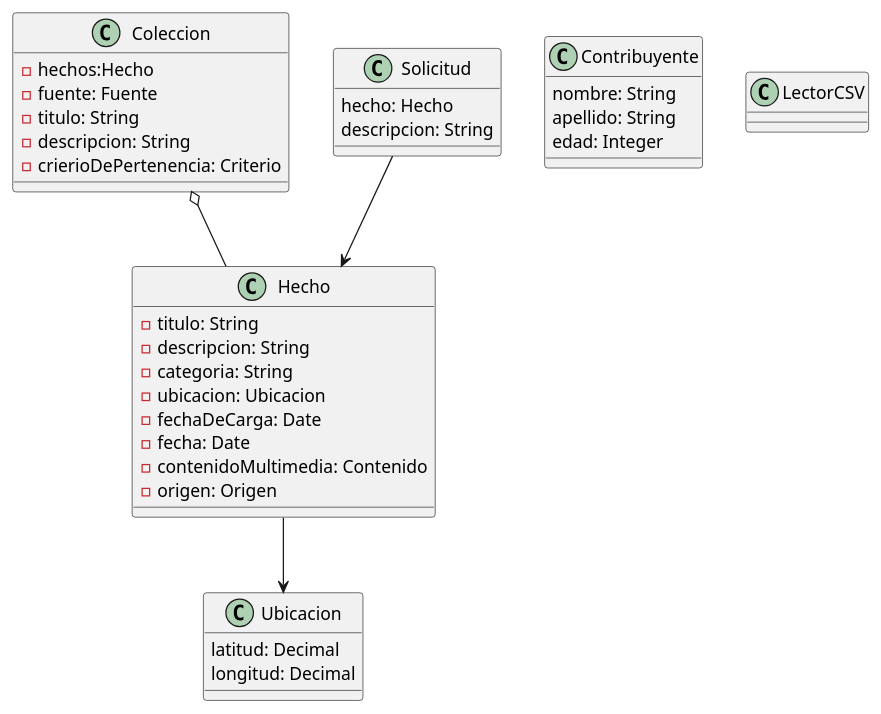
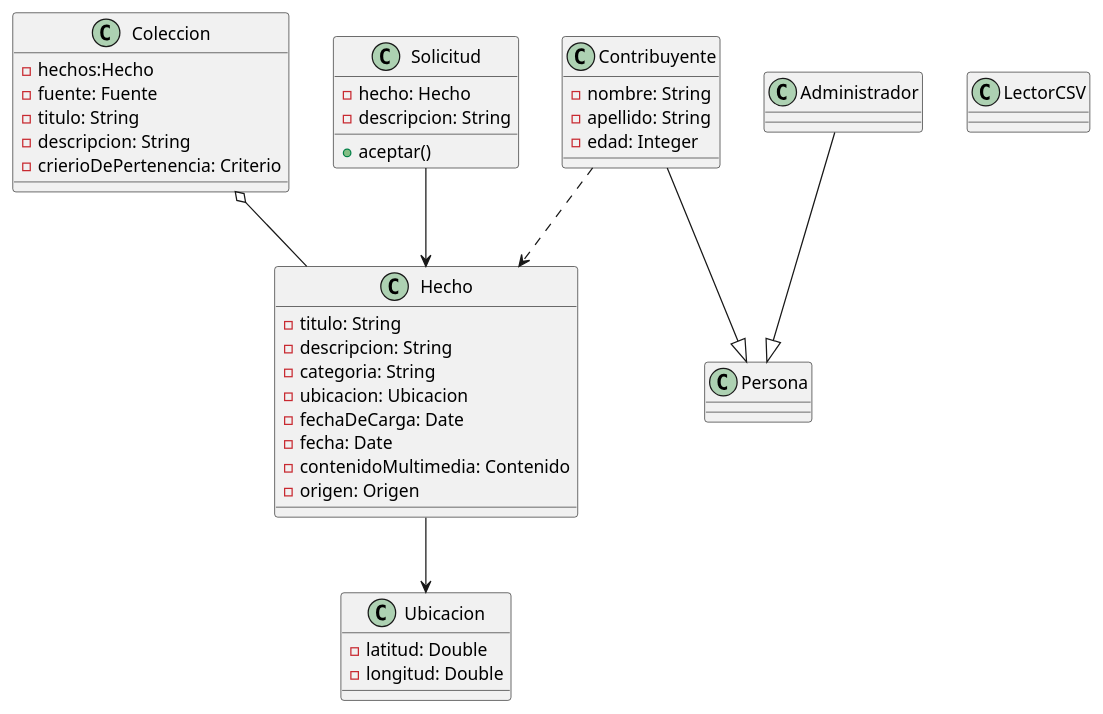
One commit to nicofernandez17/backend-arquitectura-limpia changed the diagram in DiagramaClases.puml. Above: the diagram before and after it, drawn with PlantUML. The commit also changed 7 other files, not shown here.

```diff
--- a/DiagramaClases.puml
+++ b/DiagramaClases.puml
@@ -1,54 +1,60 @@
 @startuml
 Class Hecho {
 
 -titulo: String
 -descripcion: String
 -categoria: String
 -ubicacion: Ubicacion
 -fechaDeCarga: Date
 -fecha: Date
 -contenidoMultimedia: Contenido
 -origen: Origen
 
 }
 
 Class Coleccion {
 
 -hechos:Hecho
 -fuente: Fuente
 -titulo: String
 -descripcion: String
 -crierioDePertenencia: Criterio
 
 }
 
 Class Ubicacion {
 
-latitud: Decimal
-longitud: Decimal
+-latitud: Double
+-longitud: Double
 
 }
 
+Class Persona {}
+
+Class Administrador {}
+
 Class Contribuyente {
-nombre: String
-apellido: String
-edad: Integer
+-nombre: String
+-apellido: String
+-edad: Integer
 
 }
 
 Class Solicitud {
 
-hecho: Hecho
-descripcion: String
-
+-hecho: Hecho
+-descripcion: String
++aceptar()
 }
 
 Class LectorCSV {
 
 }
 
 Coleccion o-- Hecho
 Hecho --> Ubicacion
 Solicitud --> Hecho
-
+Administrador --|> Persona
+Contribuyente --|> Persona
+Contribuyente ..> Hecho
 @enduml
```
